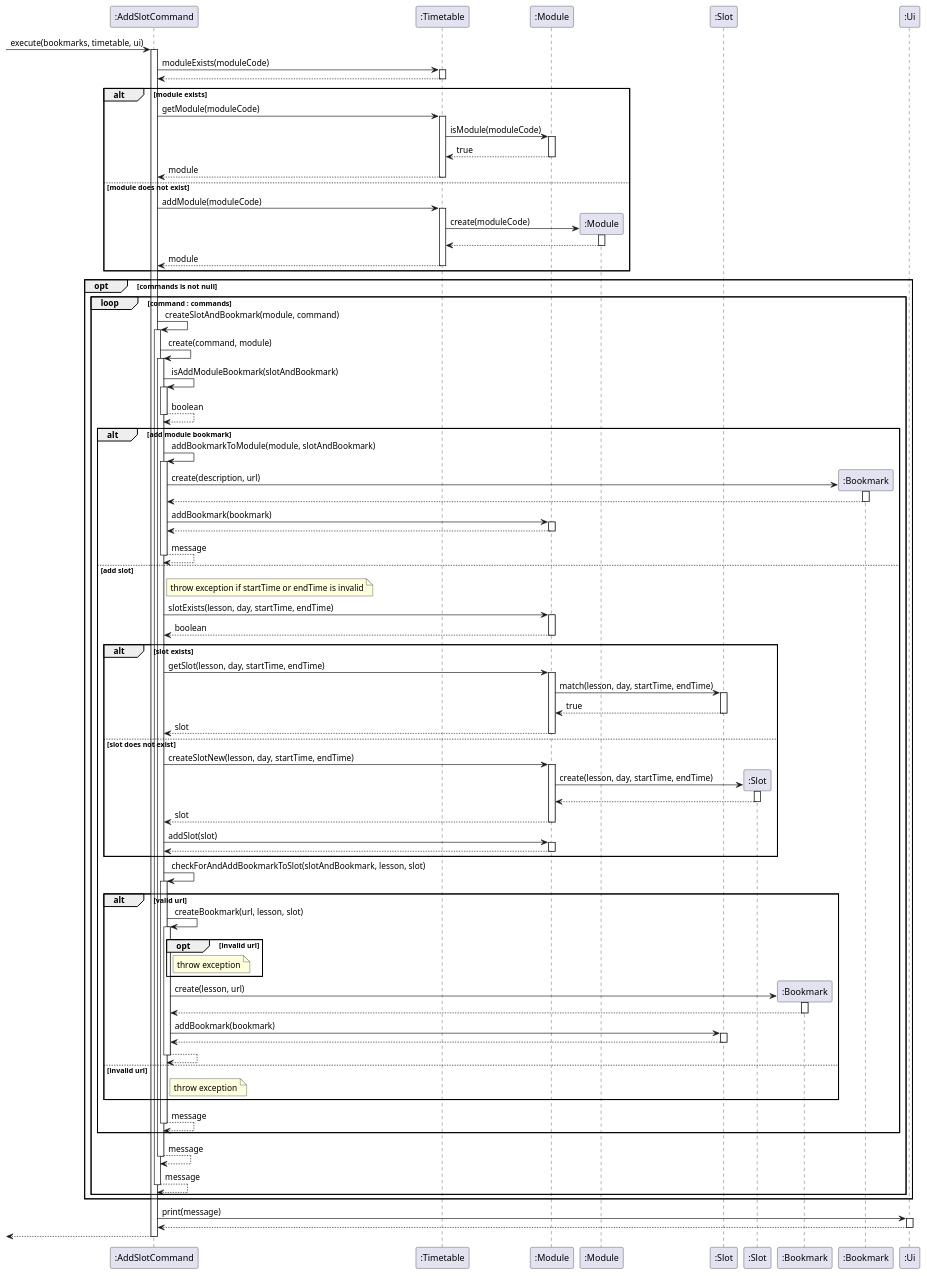
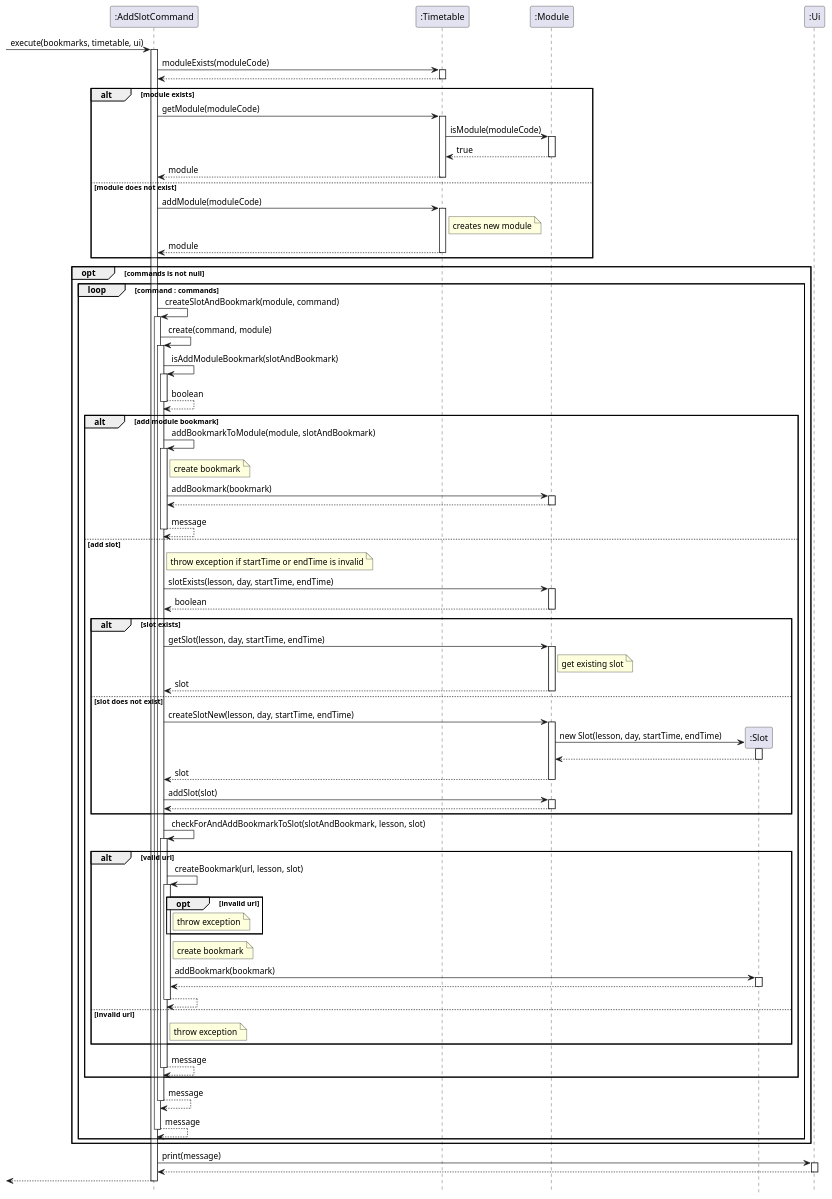
The diagram in docs/diagrams/addSlotSequenceDiagram.puml (nus-cs2113-AY2021S1/tp), drawn with PlantUML before and after one commit. The commit also changed 80 other files, not shown here.

```diff
--- a/docs/diagrams/addSlotSequenceDiagram.puml
+++ b/docs/diagrams/addSlotSequenceDiagram.puml
@@ -1,178 +1,188 @@
 @startuml
+hide footbox
+skinparam ParticipantPadding 20
 
 participant ":AddSlotCommand" as AddSlotCommand
 participant ":Timetable" as Timetable
 participant ":Module" as Module
-participant ":Module" as ModuleNew
-participant ":Slot" as Slot
+'participant ":Module" as ModuleNew
+'participant ":Slot" as Slot
 participant ":Slot" as SlotNew
-participant ":Bookmark" as BookmarkSlot
-participant ":Bookmark" as BookmarkModule
+'participant ":Bookmark" as BookmarkSlot
+'participant ":Bookmark" as BookmarkModule
 participant ":Ui" as Ui
 
 
 
 
 [-> AddSlotCommand : execute(bookmarks, timetable, ui)
 activate AddSlotCommand
 
 AddSlotCommand -> Timetable : moduleExists(moduleCode)
 activate Timetable
 
 Timetable --> AddSlotCommand
 deactivate Timetable
 
 alt module exists
     AddSlotCommand -> Timetable : getModule(moduleCode)
     activate Timetable
 
     Timetable -> Module : isModule(moduleCode)
     activate Module
 
     Module --> Timetable : true
     deactivate Module
 
     Timetable --> AddSlotCommand : module
     deactivate Timetable
 
 else module does not exist
     AddSlotCommand -> Timetable : addModule(moduleCode)
     activate Timetable
 
-    Timetable -> ModuleNew ** : create(moduleCode)
-    activate ModuleNew
+    note right of Timetable : creates new module
 
-    ModuleNew --> Timetable
-    deactivate ModuleNew
+'    Timetable -> ModuleNew ** : create(moduleCode)
+'    activate ModuleNew
+'
+'    ModuleNew --> Timetable
+'    deactivate ModuleNew
 
     Timetable --> AddSlotCommand : module
     deactivate Timetable
 end
 
 opt commands is not null
     loop command : commands
         AddSlotCommand -> AddSlotCommand : createSlotAndBookmark(module, command)
         activate AddSlotCommand
 
         AddSlotCommand -> AddSlotCommand : create(command, module)
         activate AddSlotCommand
 
         AddSlotCommand -> AddSlotCommand : isAddModuleBookmark(slotAndBookmark)
         activate AddSlotCommand
 
         AddSlotCommand --> AddSlotCommand : boolean
         deactivate AddSlotCommand
 
         alt add module bookmark
             AddSlotCommand -> AddSlotCommand : addBookmarkToModule(module, slotAndBookmark)
             activate AddSlotCommand
 
-            AddSlotCommand -> BookmarkModule ** : create(description, url)
-            activate BookmarkModule
+            note right of AddSlotCommand : create bookmark
 
-            BookmarkModule --> AddSlotCommand
-            deactivate BookmarkModule
+'            AddSlotCommand -> BookmarkModule ** : create(description, url)
+'            activate BookmarkModule
+'
+'            BookmarkModule --> AddSlotCommand
+'            deactivate BookmarkModule
 
             AddSlotCommand -> Module : addBookmark(bookmark)
             activate Module
 
             Module --> AddSlotCommand
             deactivate Module
 
             AddSlotCommand --> AddSlotCommand : message
             deactivate AddSlotCommand
         else add slot
 
             note right of AddSlotCommand : throw exception if startTime or endTime is invalid
 
             AddSlotCommand -> Module : slotExists(lesson, day, startTime, endTime)
             activate Module
 
             Module --> AddSlotCommand : boolean
             deactivate Module
 
             alt slot exists
                 AddSlotCommand -> Module : getSlot(lesson, day, startTime, endTime)
                 activate Module
 
-                Module -> Slot : match(lesson, day, startTime, endTime)
-                activate Slot
+                note right of Module : get existing slot
 
-                Slot --> Module : true
-                deactivate Slot
+'                Module -> Slot : match(lesson, day, startTime, endTime)
+'                activate Slot
+'
+'                Slot --> Module : true
+'                deactivate Slot
 
                 Module --> AddSlotCommand : slot
                 deactivate Module
             else slot does not exist
                 AddSlotCommand -> Module : createSlotNew(lesson, day, startTime, endTime)
                 activate Module
 
-                Module -> SlotNew ** : create(lesson, day, startTime, endTime)
+                Module -> SlotNew ** : new Slot(lesson, day, startTime, endTime)
                 activate SlotNew
 
                 SlotNew --> Module
                 deactivate SlotNew
 
                 Module --> AddSlotCommand : slot
                 deactivate Module
 
                 AddSlotCommand -> Module : addSlot(slot)
                 activate Module
 
                 Module --> AddSlotCommand
                 deactivate Module
             end
 
             AddSlotCommand -> AddSlotCommand : checkForAndAddBookmarkToSlot(slotAndBookmark, lesson, slot)
             activate AddSlotCommand
 
             alt valid url
                 AddSlotCommand -> AddSlotCommand : createBookmark(url, lesson, slot)
                 activate AddSlotCommand
 
                 opt invalid url
                     note right of AddSlotCommand : throw exception
                 end
 
-                AddSlotCommand -> BookmarkSlot ** : create(lesson, url)
-                activate BookmarkSlot
+                note right of AddSlotCommand : create bookmark
 
-                BookmarkSlot --> AddSlotCommand
-                deactivate BookmarkSlot
+'                AddSlotCommand -> BookmarkSlot ** : create(lesson, url)
+'                activate BookmarkSlot
+'
+'                BookmarkSlot --> AddSlotCommand
+'                deactivate BookmarkSlot
 
-                AddSlotCommand -> Slot : addBookmark(bookmark)
-                activate Slot
+                AddSlotCommand -> SlotNew : addBookmark(bookmark)
+                activate SlotNew
 
-                Slot --> AddSlotCommand
-                deactivate Slot
+                SlotNew --> AddSlotCommand
+                deactivate SlotNew
 
                 AddSlotCommand --> AddSlotCommand
                 deactivate AddSlotCommand
             else invalid url
                 note right of AddSlotCommand : throw exception
             end
 
             AddSlotCommand --> AddSlotCommand : message
             deactivate AddSlotCommand
         end
 
 
         AddSlotCommand --> AddSlotCommand : message
         deactivate AddSlotCommand
 
         AddSlotCommand --> AddSlotCommand : message
         deactivate AddSlotCommand
     end
 end
 
 
 AddSlotCommand -> Ui : print(message)
 activate Ui
 
 Ui --> AddSlotCommand
 deactivate Ui
 
 AddSlotCommand -->[
 deactivate AddSlotCommand
 
 @enduml
```
